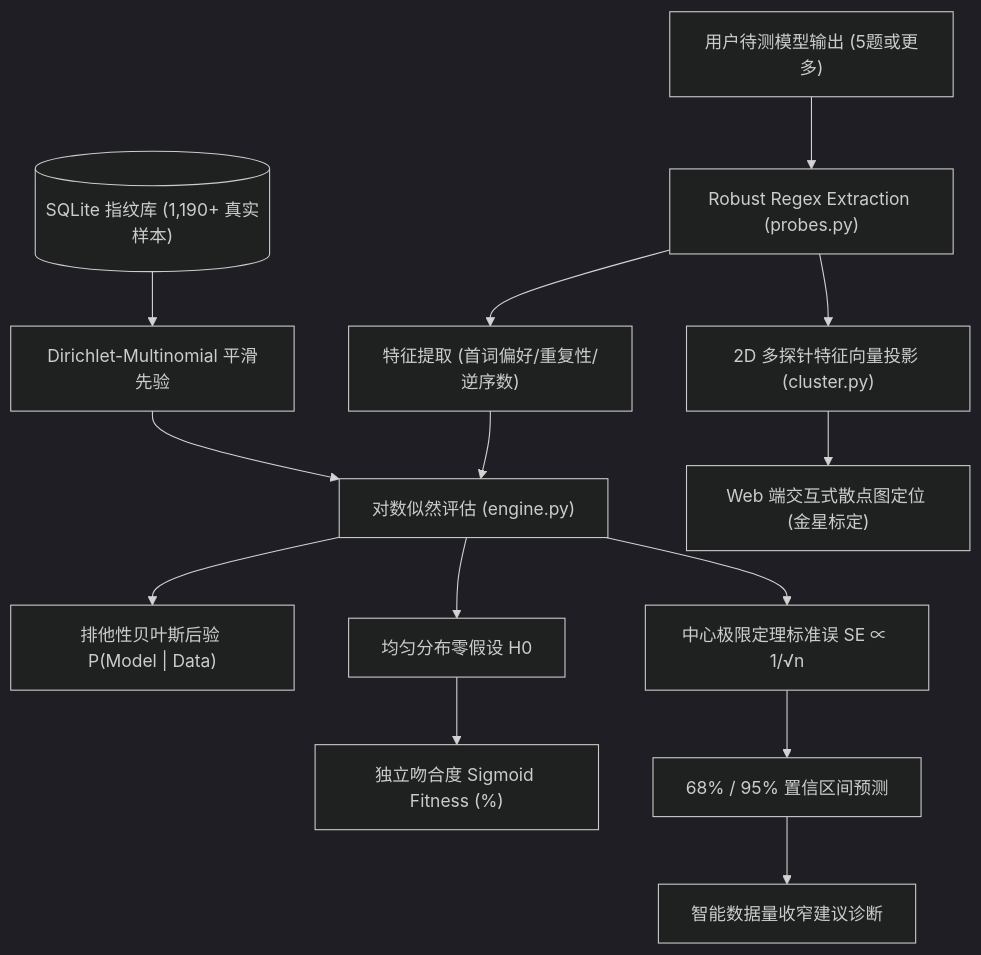
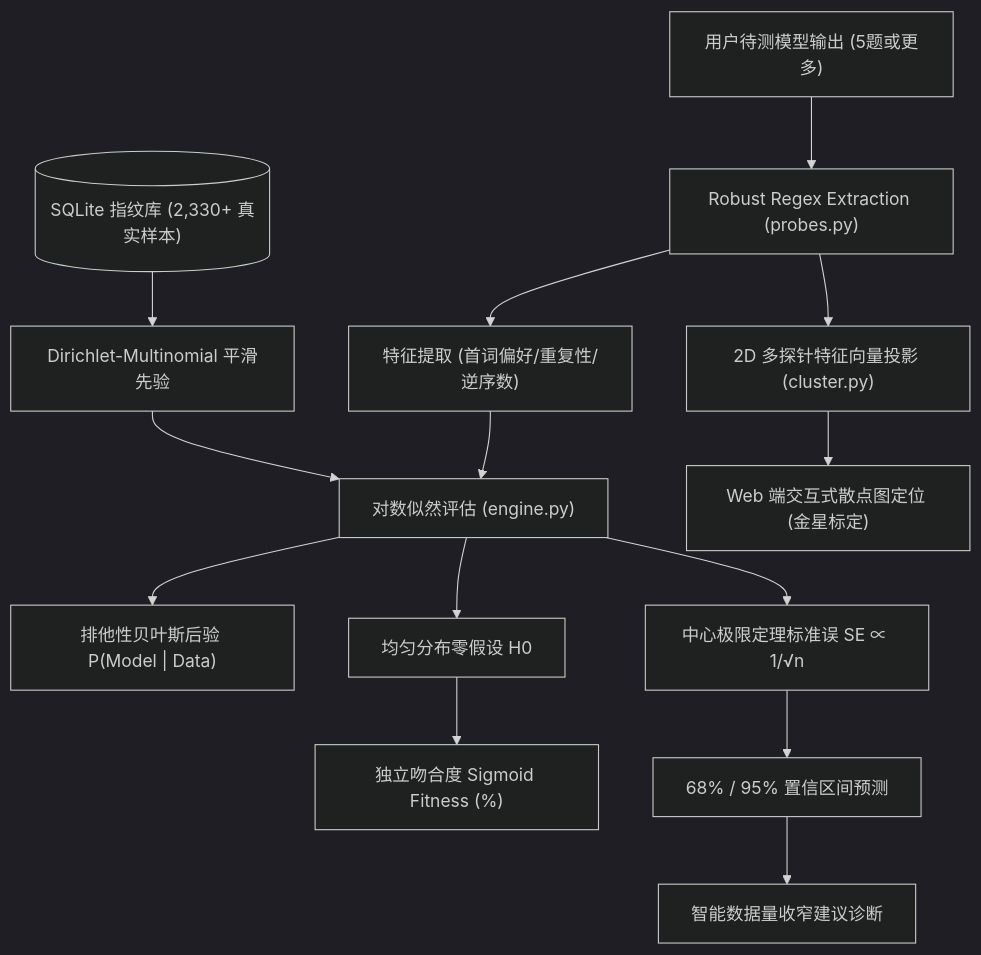
The diagram in AGENTS.md (mcocdaa/StatLLM), drawn with Mermaid (dark theme) before and after one commit. The commit also changed 4 other files, not shown here.

````diff
--- a/AGENTS.md
+++ b/AGENTS.md
@@ -127,20 +127,20 @@
 ```mermaid
 flowchart TD
     UserQuery["用户待测模型输出 (5题或更多)"] --> Extraction["Robust Regex Extraction (probes.py)"]
     Extraction --> Traits["特征提取 (首词偏好/重复性/逆序数)"]
     Traits --> Likelihood["对数似然评估 (engine.py)"]
     
-    DB[("SQLite 指纹库 (1,190+ 真实样本)")] --> Prior["Dirichlet-Multinomial 平滑先验"]
+    DB[("SQLite 指纹库 (2,330+ 真实样本)")] --> Prior["Dirichlet-Multinomial 平滑先验"]
     Prior --> Likelihood
     
     Likelihood --> Posterior["排他性贝叶斯后验 P(Model | Data)"]
     Likelihood --> NullModel["均匀分布零假设 H0"]
     NullModel --> Fitness["独立吻合度 Sigmoid Fitness (%)"]
     
     Likelihood --> SE["中心极限定理标准误 SE ∝ 1/√n"]
     SE --> CI["68% / 95% 置信区间预测"]
     CI --> AdvisoryCard["智能数据量收窄建议诊断"]
     
     Extraction --> PCA["2D 多探针特征向量投影 (cluster.py)"]
     PCA --> Canvas["Web 端交互式散点图定位 (金星标定)"]
 ```
````
